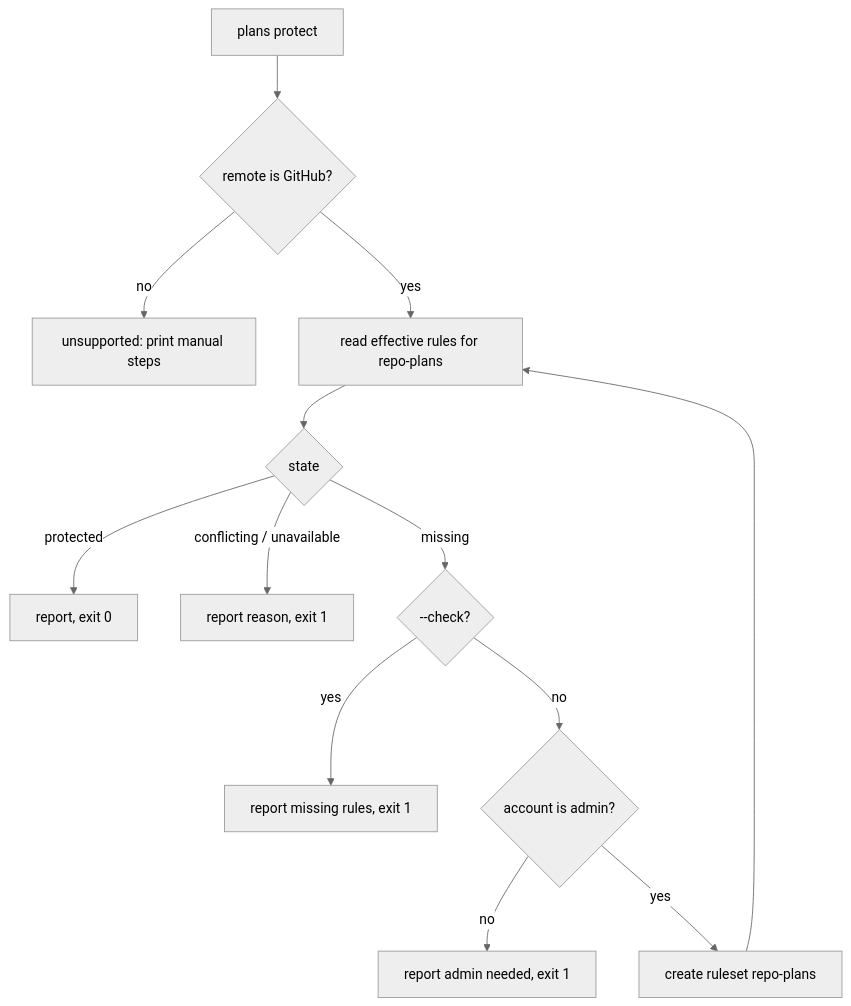
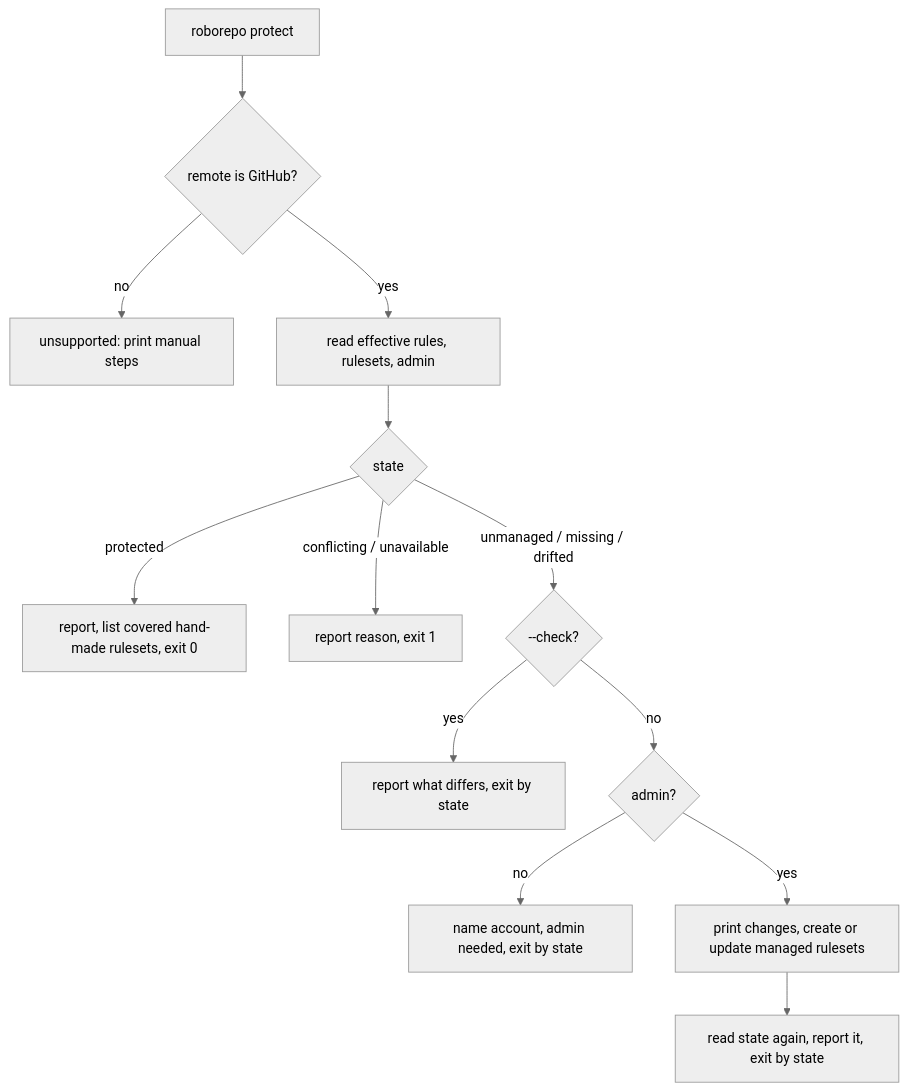
The diagram in plans/backlog/plans-store-branch-protection.md (kirinmurphy/roborepo-alpha), drawn with Mermaid (neutral theme) before and after one commit. The commit also changed other lines of this file, not shown here.

Commit message:
Update plan plans-store-branch-protection

````diff
--- a/plans/backlog/plans-store-branch-protection.md
+++ b/plans/backlog/plans-store-branch-protection.md
@@ -119,14 +185,15 @@
 ```mermaid
 flowchart TD
-  A[plans protect] --> B{remote is GitHub?}
+  A[roborepo protect] --> B{remote is GitHub?}
   B -- no --> U[unsupported: print manual steps]
-  B -- yes --> C[read effective rules for repo-plans]
+  B -- yes --> C[read effective rules, rulesets, admin]
   C --> D{state}
-  D -- protected --> P[report, exit 0]
+  D -- protected --> P[report, list covered hand-made rulesets, exit 0]
   D -- conflicting / unavailable --> R[report reason, exit 1]
-  D -- missing --> E{--check?}
-  E -- yes --> M[report missing rules, exit 1]
-  E -- no --> G{account is admin?}
-  G -- no --> N[report admin needed, exit 1]
-  G -- yes --> F[create ruleset repo-plans] --> C
+  D -- unmanaged / missing / drifted --> E{--check?}
+  E -- yes --> M[report what differs, exit by state]
+  E -- no --> G{admin?}
+  G -- no --> N[name account, admin needed, exit by state]
+  G -- yes --> F[print changes, create or update managed rulesets]
+  F --> V[read state again, report it, exit by state]
 ```
````
